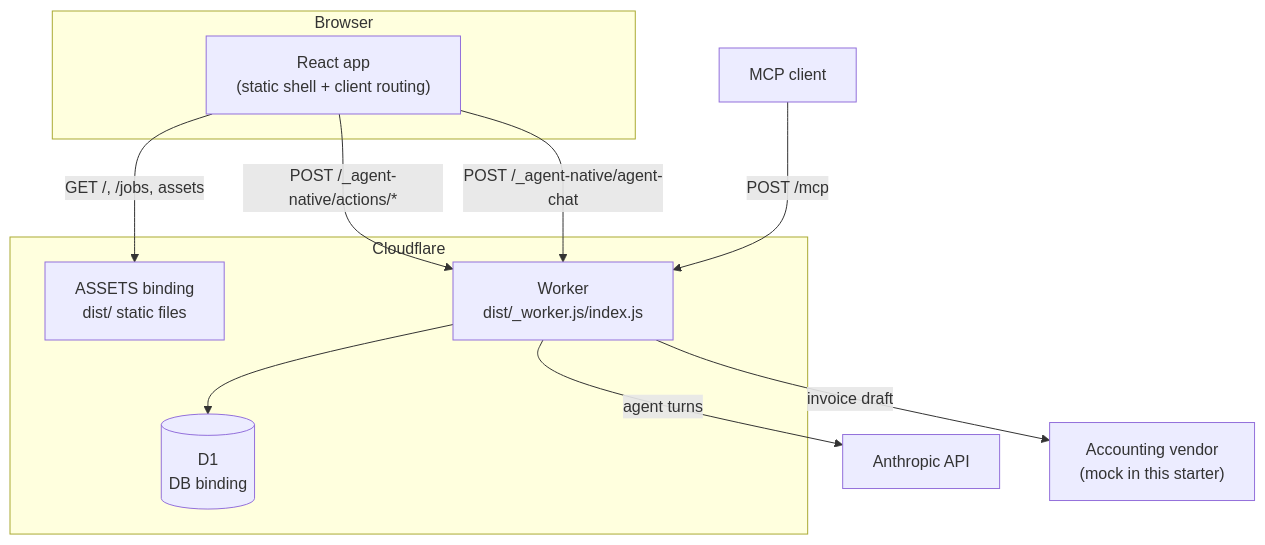
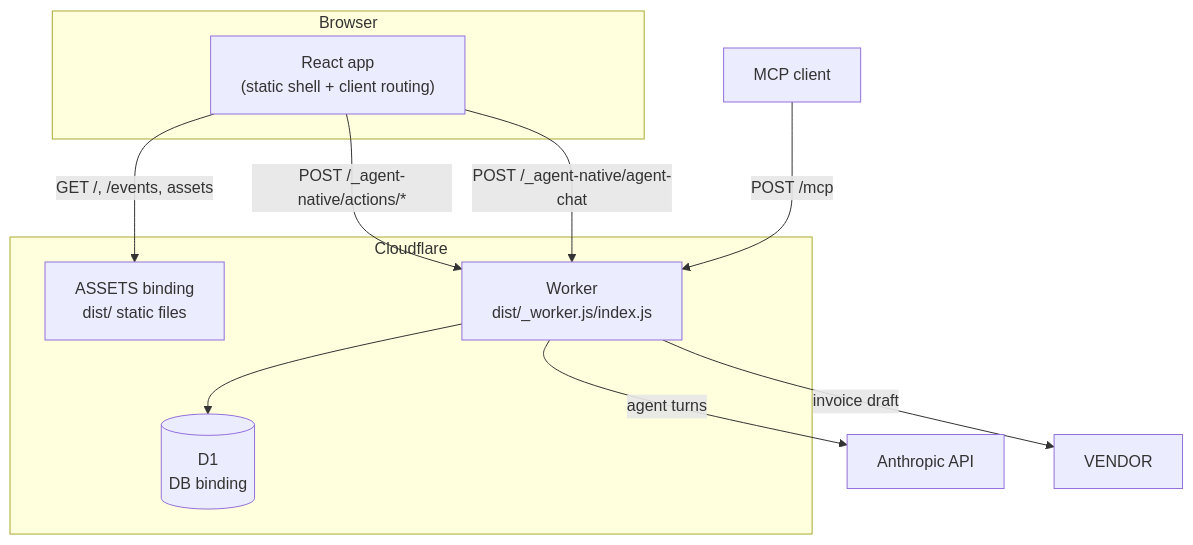
One commit to anbergem/seating-arrangement changed the first of 14 diagrams in ARCHITECTURE.md. Above: the diagram before and after it, drawn with Mermaid. The commit also changed other lines of this file and 203 other files, not shown here.

````diff
--- a/ARCHITECTURE.md
+++ b/ARCHITECTURE.md
@@ -31,21 +32,20 @@
 ```mermaid
 flowchart TB
   subgraph Browser
     SHELL["React app<br/>(static shell + client routing)"]
   end
   subgraph CF["Cloudflare"]
     ASSETS["ASSETS binding<br/>dist/ static files"]
     W["Worker<br/>dist/_worker.js/index.js"]
     D1[("D1<br/>DB binding")]
   end
   ANTHROPIC["Anthropic API"]
-  VENDOR["Accounting vendor<br/>(mock in this starter)"]
 
-  SHELL -->|"GET /, /jobs, assets"| ASSETS
+  SHELL -->|"GET /, /events, assets"| ASSETS
   SHELL -->|"POST /_agent-native/actions/*"| W
   SHELL -->|"POST /_agent-native/agent-chat"| W
   MCPC["MCP client"] -->|"POST /mcp"| W
   W --> D1
   W -->|"agent turns"| ANTHROPIC
   W -->|"invoice draft"| VENDOR
 ```
````
